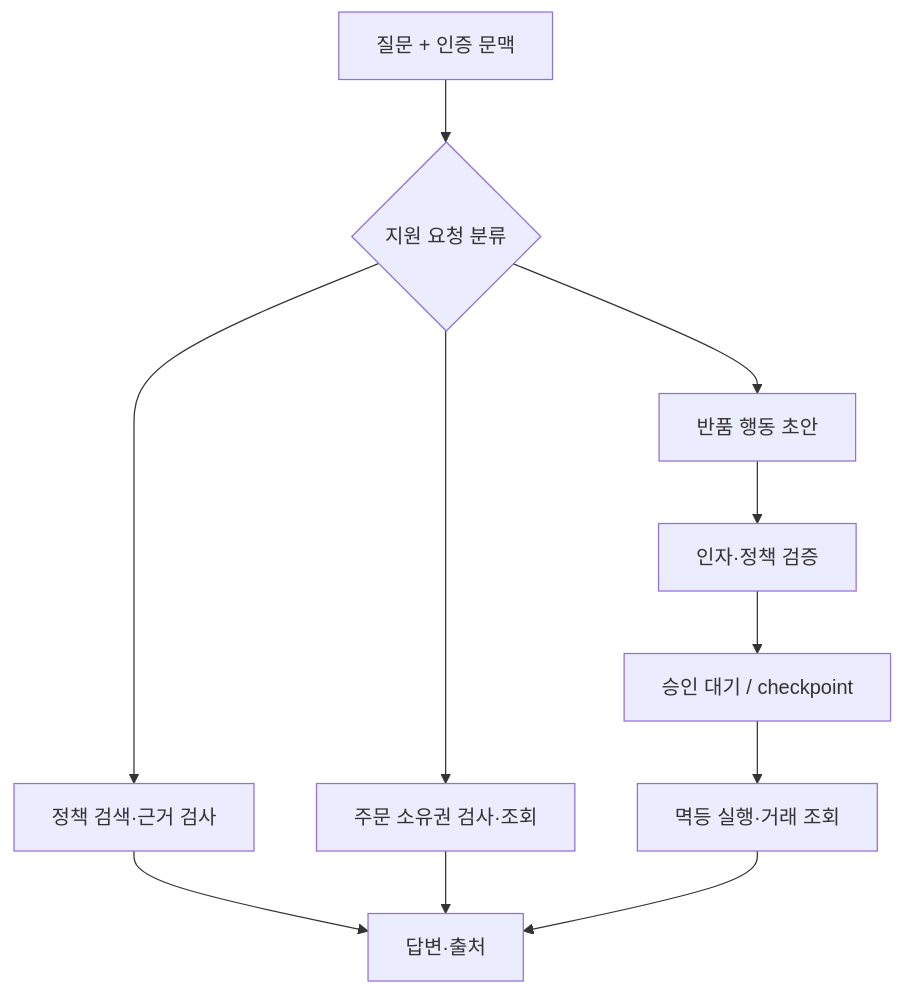
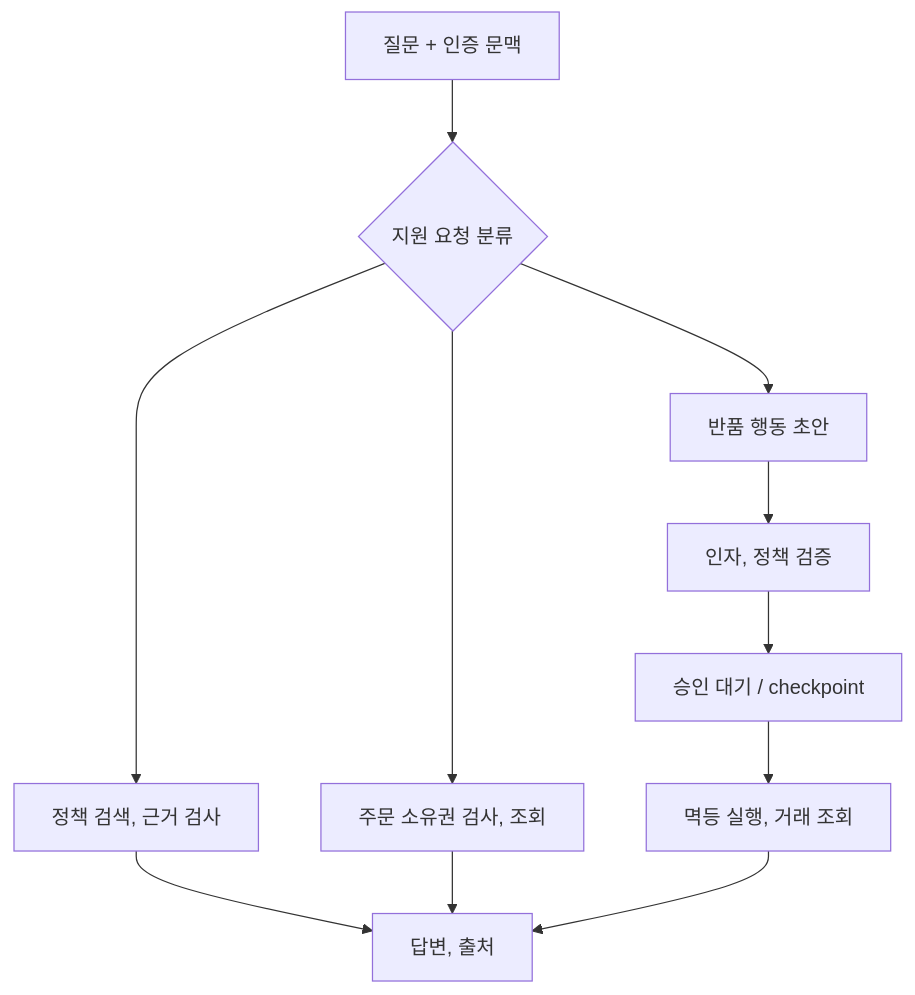
One commit to johklo/johklo.github.io changed the diagram in content/docs/tech/llmops/application.md. Above: the diagram before and after it, drawn with Mermaid. The commit also changed other lines of this file and 32 other files, not shown here.

````diff
--- a/content/docs/tech/llmops/application.md
+++ b/content/docs/tech/llmops/application.md
@@ -15,15 +15,15 @@
 ```mermaid
 flowchart TD
     accTitle: Bookway 도우미의 요청별 실행
     accDescr: 정책 질문은 검색으로, 주문 조회는 인증된 도구로 보낸다. 거래성 행동은 승인 후 실행하고 결과를 상태에 기록한다.
     Q["질문 + 인증 문맥"] --> R{"지원 요청 분류"}
-    R --> P["정책 검색·근거 검사"]
-    R --> O["주문 소유권 검사·조회"]
+    R --> P["정책 검색, 근거 검사"]
+    R --> O["주문 소유권 검사, 조회"]
     R --> D["반품 행동 초안"]
-    D --> V["인자·정책 검증"]
+    D --> V["인자, 정책 검증"]
     V --> H["승인 대기 / checkpoint"]
-    H --> X["멱등 실행·거래 조회"]
-    P --> A["답변·출처"]
+    H --> X["멱등 실행, 거래 조회"]
+    P --> A["답변, 출처"]
     O --> A
     X --> A
 ```
````
